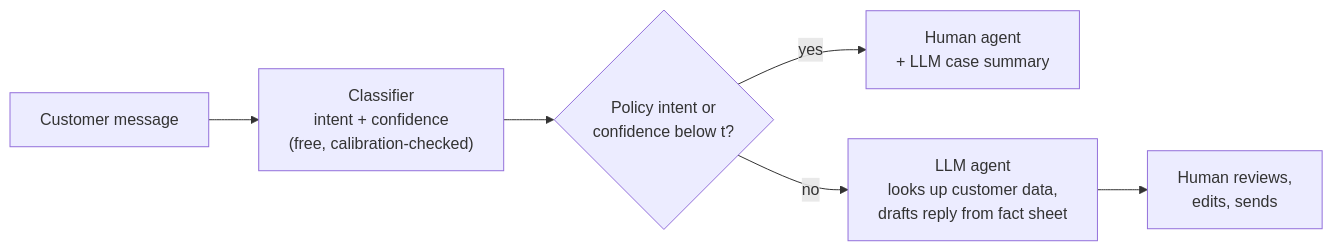
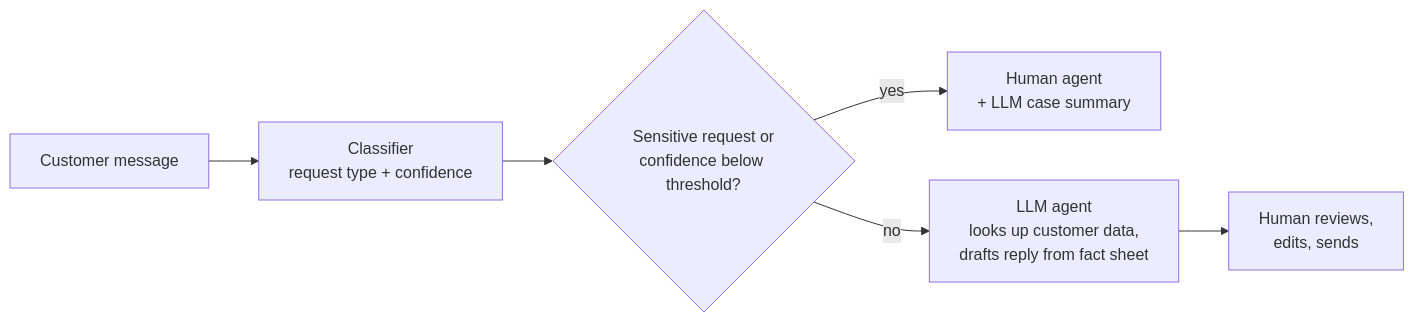
The second of 2 diagrams in README.md (oruglicaalbin-create/ai-customer-service-handoff), drawn with Mermaid before and after one commit. The commit also changed other lines of this file and 1 other file, not shown here.

````diff
--- a/README.md
+++ b/README.md
@@ -64,8 +60,8 @@
 ```mermaid
 flowchart LR
-    M[Customer message] --> C["Classifier<br/>intent + confidence<br/>(free, calibration-checked)"]
-    C --> G{"Policy intent or<br/>confidence below t?"}
+    M[Customer message] --> C["Classifier<br/>request type + confidence"]
+    C --> G{"Sensitive request or<br/>confidence below threshold?"}
     G -- yes --> H["Human agent<br/>+ LLM case summary"]
     G -- no --> L["LLM agent<br/>looks up customer data,<br/>drafts reply from fact sheet"]
     L --> R["Human reviews,<br/>edits, sends"]
 ```
````
